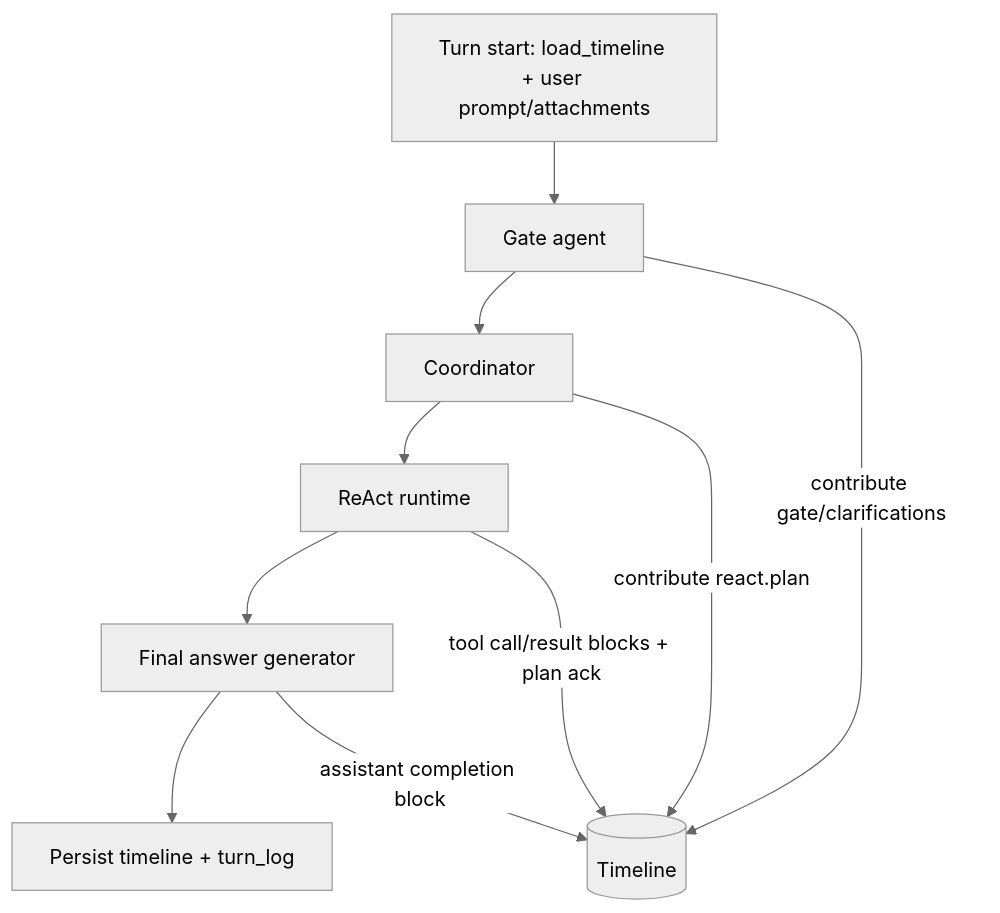
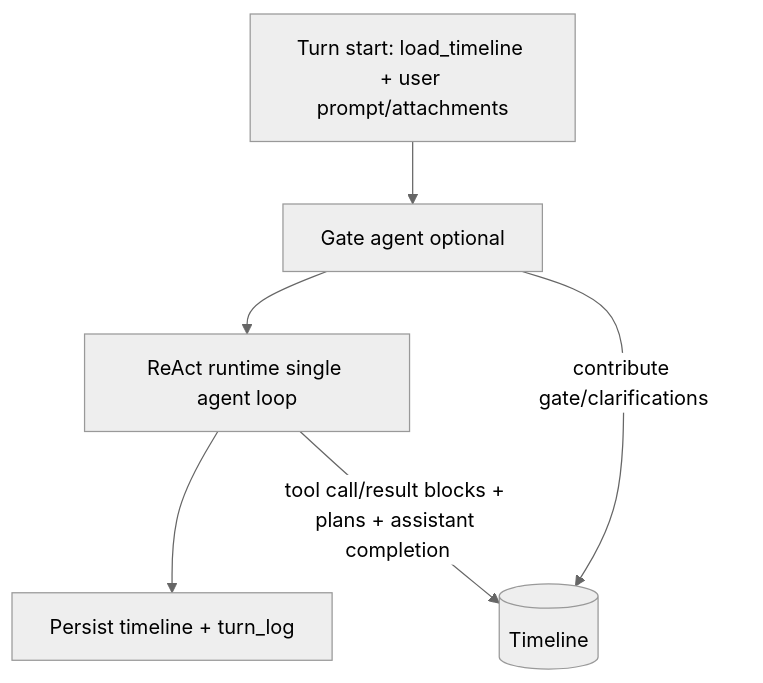
The diagram in app/ai-app/services/kdcube-ai-app/kdcube_ai_app/apps/chat/sdk/runtime/solution/react/doc/flow-README.md (elenaviter/kdcube-ai-app), drawn with Mermaid (neutral theme) before and after one commit. The commit also changed other lines of this file and 20 other files, not shown here.

````diff
--- a/app/ai-app/services/kdcube-ai-app/kdcube_ai_app/apps/chat/sdk/runtime/solution/react/doc/flow-README.md
+++ b/app/ai-app/services/kdcube-ai-app/kdcube_ai_app/apps/chat/sdk/runtime/solution/react/doc/flow-README.md
@@ -60,13 +48,9 @@
 ```mermaid
 flowchart TD
-    A[Turn start: load_timeline + user prompt/attachments] --> B[Gate agent]
-    B --> C[Coordinator]
-    C --> D[ReAct runtime]
-    D --> E[Final answer generator]
-    E --> F[Persist timeline + turn_log]
+    A[Turn start: load_timeline + user prompt/attachments] --> B[Gate agent optional]
+    B --> C[ReAct runtime single agent loop]
+    C --> D[Persist timeline + turn_log]
 
     B -->|contribute gate/clarifications| T1[(Timeline)]
-    C -->|contribute react.plan| T1
-    D -->|tool call/result blocks + plan ack| T1
-    E -->|assistant completion block| T1
+    C -->|tool call/result blocks + plans + assistant completion| T1
 ```
````
